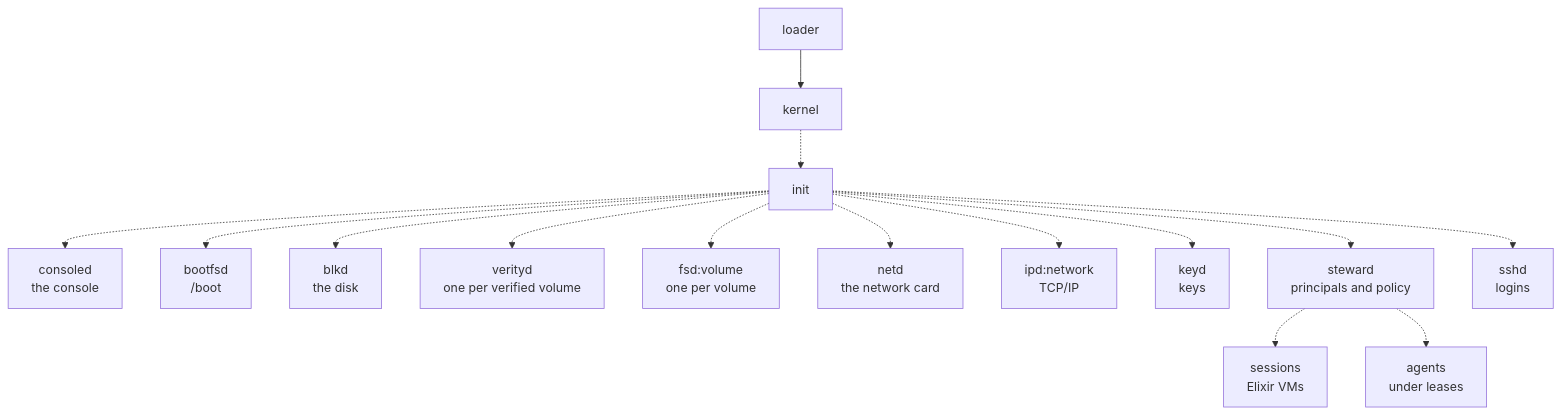
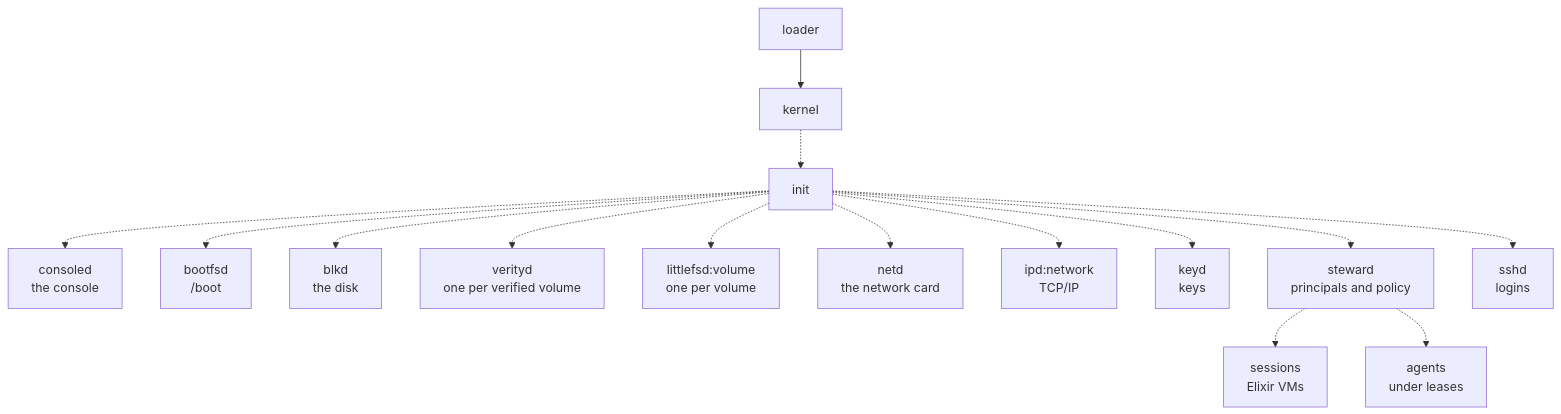
One commit to sirmick/redoubt changed the first of 3 diagrams in docs/servers/README.md. Above: the diagram before and after it, drawn with Mermaid. The commit also changed other lines of this file and 25 other files, not shown here.

````diff
--- a/docs/servers/README.md
+++ b/docs/servers/README.md
@@ -29,17 +29,17 @@
 ```mermaid
 flowchart TD
     L[loader] --> K[kernel]
     K -.-> I[init]
     I -.-> CO[consoled<br/>the console]
     I -.-> BF[bootfsd<br/>/boot]
     I -.-> BL[blkd<br/>the disk]
     I -.-> VD[verityd<br/>one per verified volume]
-    I -.-> FS[fsd:volume<br/>one per volume]
+    I -.-> FS[littlefsd:volume<br/>one per volume]
     I -.-> ND[netd<br/>the network card]
     I -.-> IP[ipd:network<br/>TCP/IP]
     I -.-> KD[keyd<br/>keys]
     I -.-> ST[steward<br/>principals and policy]
     I -.-> SS[sshd<br/>logins]
     ST -.-> SE[sessions<br/>Elixir VMs]
     ST -.-> AG[agents<br/>under leases]
 ```
````
